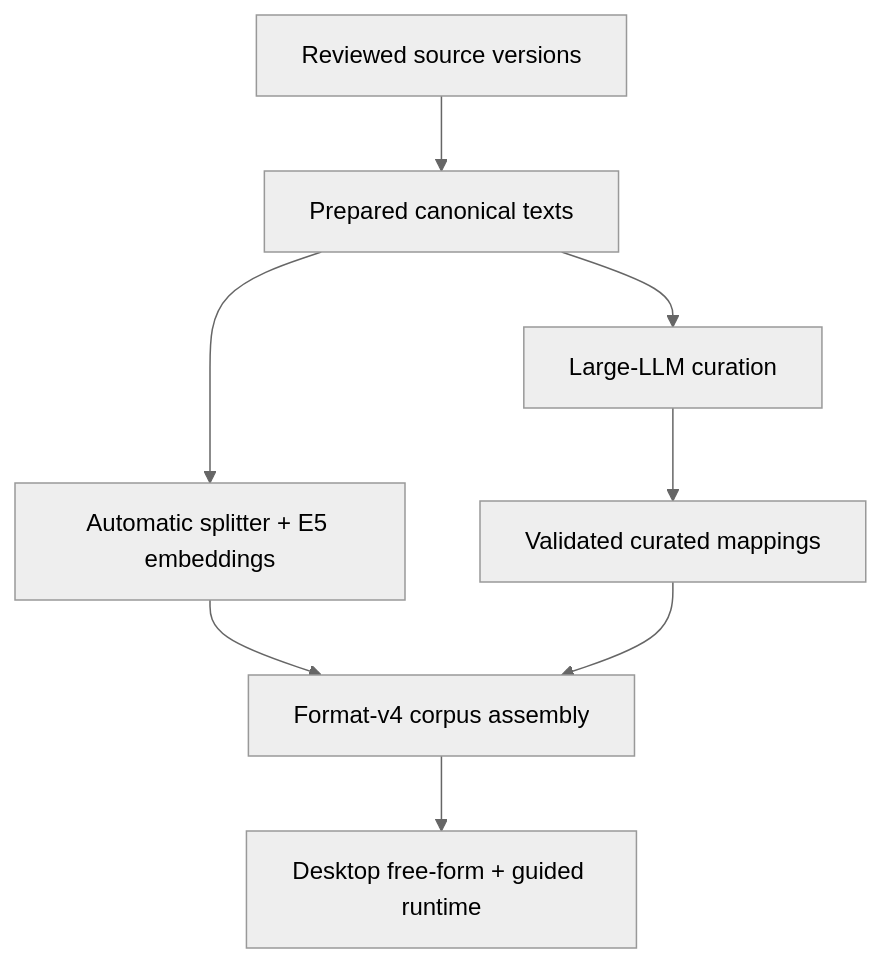
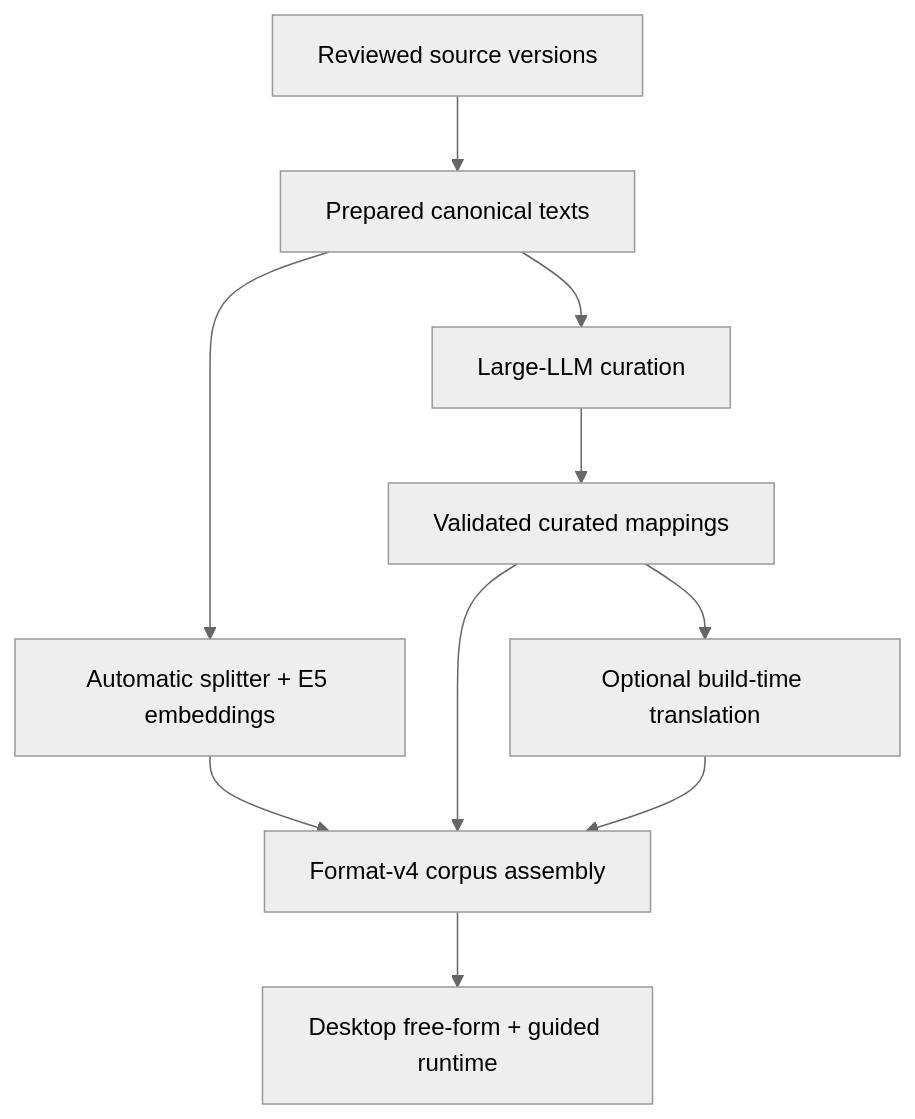
One commit to folk21/sibyl changed the first of 2 diagrams in docs/WORKFLOW.md. Above: the diagram before and after it, drawn with Mermaid (neutral theme). The commit also changed other lines of this file and 43 other files, not shown here.

````diff
--- a/docs/WORKFLOW.md
+++ b/docs/WORKFLOW.md
@@ -34,10 +37,12 @@
 ```mermaid
 flowchart TD
     S[Reviewed source versions] --> C[Prepared canonical texts]
     C --> L[Large-LLM curation]
     C --> A[Automatic splitter + E5 embeddings]
     L --> M[Validated curated mappings]
+    M --> T[Optional build-time translation]
     A --> B[Format-v4 corpus assembly]
     M --> B
+    T --> B
     B --> R[Desktop free-form + guided runtime]
 ```
````
